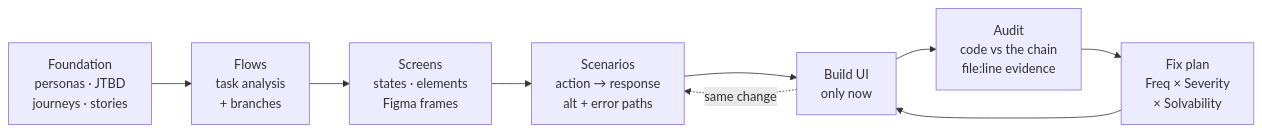
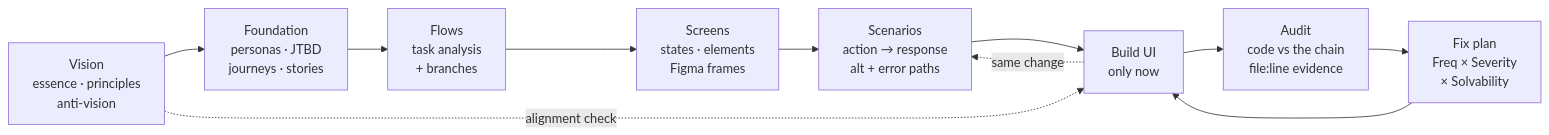
Before and after one commit to ssheleg/super-ux: the diagram in README.md, drawn with Mermaid. The commit also changed other lines of this file and 86 other files, not shown here.

````diff
--- a/README.md
+++ b/README.md
@@ -19,11 +19,13 @@
 ```mermaid
 flowchart LR
-    F["Foundation<br/>personas · JTBD<br/>journeys · stories"] --> L["Flows<br/>task analysis<br/>+ branches"]
+    V["Vision<br/>essence · principles<br/>anti-vision"] --> F["Foundation<br/>personas · JTBD<br/>journeys · stories"]
+    F --> L["Flows<br/>task analysis<br/>+ branches"]
     L --> S["Screens<br/>states · elements<br/>Figma frames"]
     S --> C["Scenarios<br/>action → response<br/>alt + error paths"]
     C --> B["Build UI<br/>only now"]
     B --> A["Audit<br/>code vs the chain<br/>file:line evidence"]
     A --> P["Fix plan<br/>Freq × Severity<br/>× Solvability"]
     P --> B
     B -.->|same change| C
+    V -.->|alignment check| B
 ```
````
